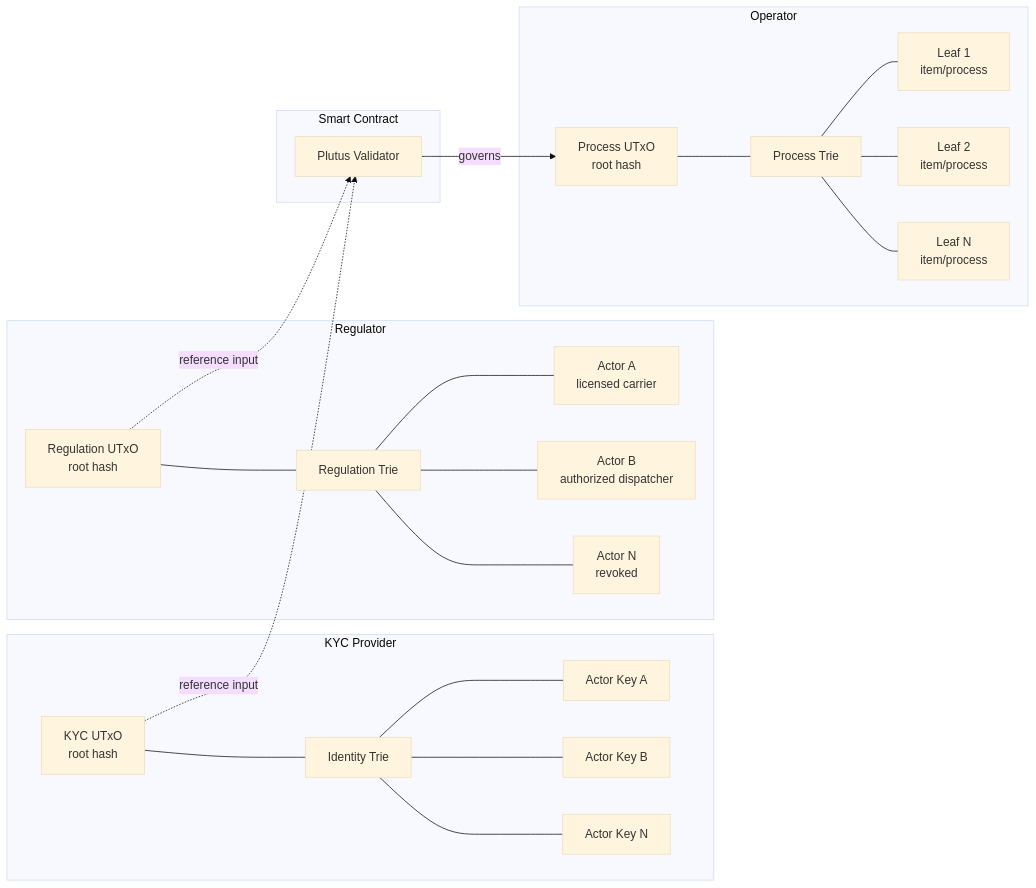
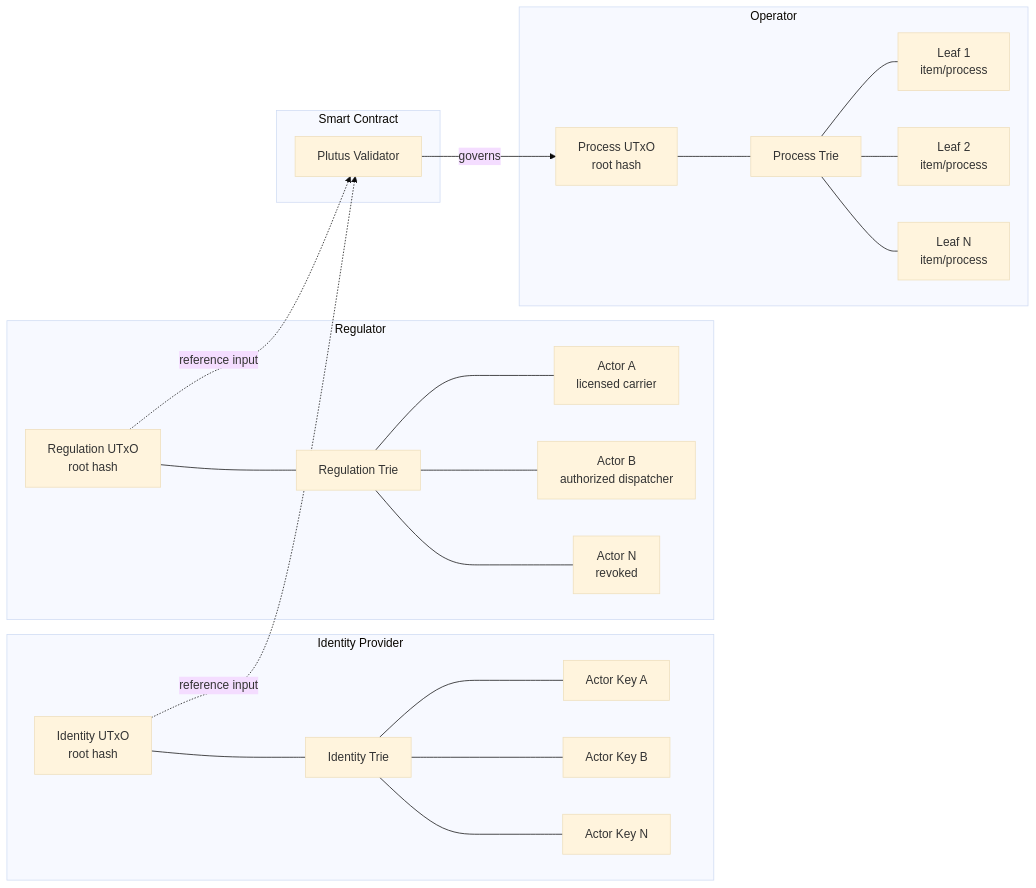
Before and after one commit to lambdasistemi/cardano-for-regulators: the second of 19 diagrams in docs/framework/schema.md, drawn with Mermaid (base theme). The commit also changed other lines of this file and 1 other file, not shown here.

Commit message:
rename KYC provider to identity provider throughout

````diff
--- a/docs/framework/schema.md
+++ b/docs/framework/schema.md
@@ -49,37 +49,37 @@
 ```mermaid
 graph LR
-    subgraph KYC Provider
-        KYC_UTxO[KYC UTxO<br/>root hash]
-        KYC_T[Identity Trie]
-        KYC_UTxO --- KYC_T
-        KYC_T --- K1[Actor Key A]
-        KYC_T --- K2[Actor Key B]
-        KYC_T --- K3[Actor Key N]
+    subgraph Identity Provider
+        IDP_UTxO[Identity UTxO<br/>root hash]
+        IDP_T[Identity Trie]
+        IDP_UTxO --- IDP_T
+        IDP_T --- K1[Actor Key A]
+        IDP_T --- K2[Actor Key B]
+        IDP_T --- K3[Actor Key N]
     end
 
     subgraph Regulator
         REG_UTxO[Regulation UTxO<br/>root hash]
         REG_T[Regulation Trie]
         REG_UTxO --- REG_T
         REG_T --- R1[Actor A<br/>licensed carrier]
         REG_T --- R2[Actor B<br/>authorized dispatcher]
         REG_T --- R3[Actor N<br/>revoked]
     end
 
     subgraph Operator
         OP_UTxO[Process UTxO<br/>root hash]
         OP_T[Process Trie]
         OP_UTxO --- OP_T
         OP_T --- L1[Leaf 1<br/>item/process]
         OP_T --- L2[Leaf 2<br/>item/process]
         OP_T --- L3[Leaf N<br/>item/process]
     end
 
     subgraph Smart Contract
         SC[Plutus Validator]
     end
 
     SC -->|governs| OP_UTxO
-    KYC_UTxO -.->|reference input| SC
+    IDP_UTxO -.->|reference input| SC
     REG_UTxO -.->|reference input| SC
 ```
````
